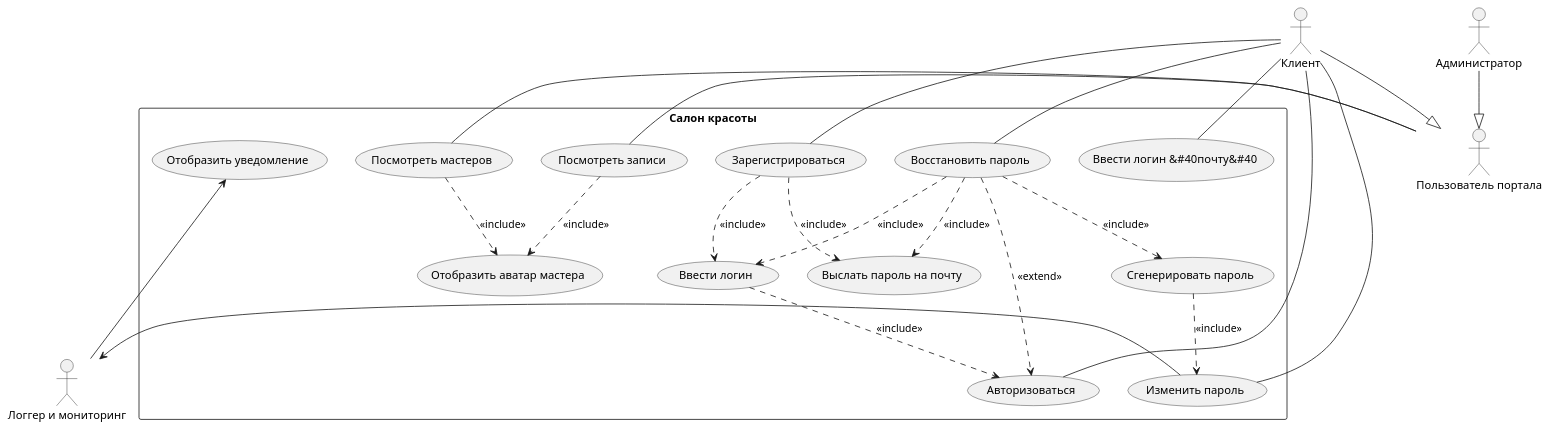
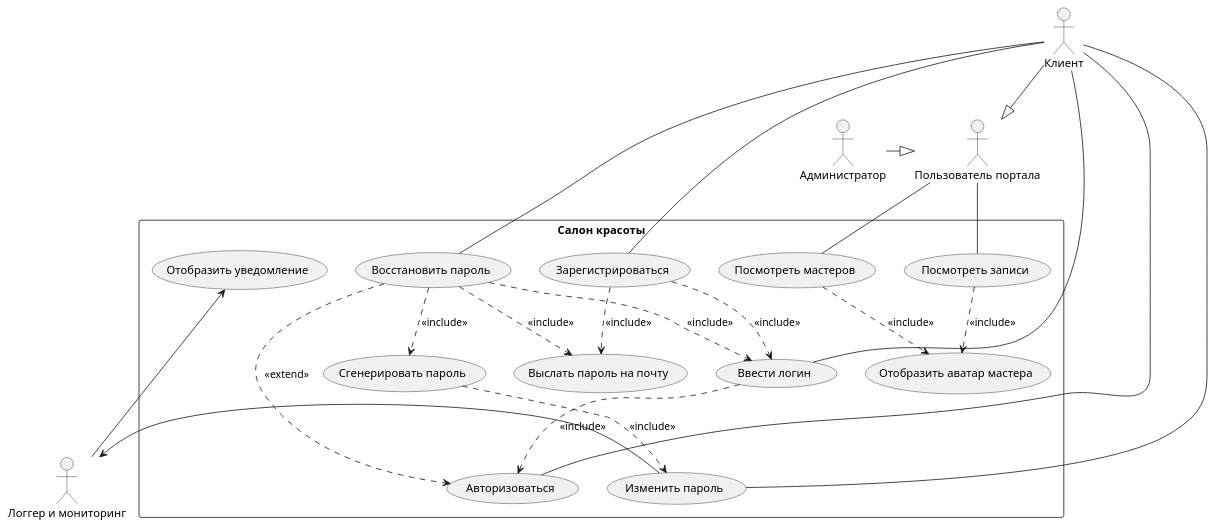
One commit to PopkovAYu/Notes changed the sixth of 6 diagrams in Notes/Notes/Системная аналитика/Курсы от нетологии/Раздел 3. Анализ требований/7. Диаграмма вариантов использования.md. Above: the diagram before and after it, drawn with PlantUML.

Commit message:
vault backup: 2024-04-23 14:30:41
Affected files:
Notes/Notes/Системная аналитика/Курсы от нетологии/Раздел 3. Анализ требований/7. Диаграмма вариантов использования.md

````diff
--- a/Notes/Notes/Системная аналитика/Курсы от нетологии/Раздел 3. Анализ требований/7. Диаграмма вариантов использования.md
+++ b/Notes/Notes/Системная аналитика/Курсы от нетологии/Раздел 3. Анализ требований/7. Диаграмма вариантов использования.md
@@ -67,34 +67,34 @@
 ```plantuml
 @startuml
 actor :Клиент: as Client
 actor :Пользователь портала: as User
 actor :Администратор: as Admin
 actor :Логгер и мониторинг: as Logger
 
-Admin --|> User
+Admin -right-|> User
 Client --|> User
 
 rectangle "Салон красоты" {
-	Client -right- (Авторизоваться)
-	Client -right- (Восстановить пароль)
-	Client -right- (Ввести логин &#40почту&#40)
-	Client -right- (Зарегистрироваться)
+	Client - (Изменить пароль)
+	(Изменить пароль) -> Logger
+	Logger --> (Отобразить уведомление)
+	Client - (Авторизоваться)
+	Client - (Восстановить пароль)
+	Client - (Ввести логин)
+	Client - (Зарегистрироваться)
 	(Восстановить пароль) ..> (Авторизоваться) : <<extend>>
 	(Восстановить пароль) ..> (Ввести логин) : <<include>>
 	(Восстановить пароль) ..> (Выслать пароль на почту) : <<include>>
 	(Восстановить пароль) ..> (Сгенерировать пароль) : <<include>>
 	(Сгенерировать пароль) ..> (Изменить пароль) : <<include>>
 	(Ввести логин) ..> (Авторизоваться) : <<include>>
 	(Зарегистрироваться) ..> (Выслать пароль на почту) : <<include>>
 	(Зарегистрироваться) ..> (Ввести логин) : <<include>>
-	Client -right- (Изменить пароль)
-	(Изменить пароль) -> Logger
-	Logger -left-> (Отобразить уведомление)
-	User -right- (Посмотреть мастеров)
+	User -- (Посмотреть мастеров)
 	(Посмотреть мастеров) ..> (Отобразить аватар мастера) : <<include>>
-	User -right- (Посмотреть записи)
+	User -- (Посмотреть записи)
 	(Посмотреть записи) ..> (Отобразить аватар мастера) : <<include>>
 }
 
 @enduml
 ```
````
